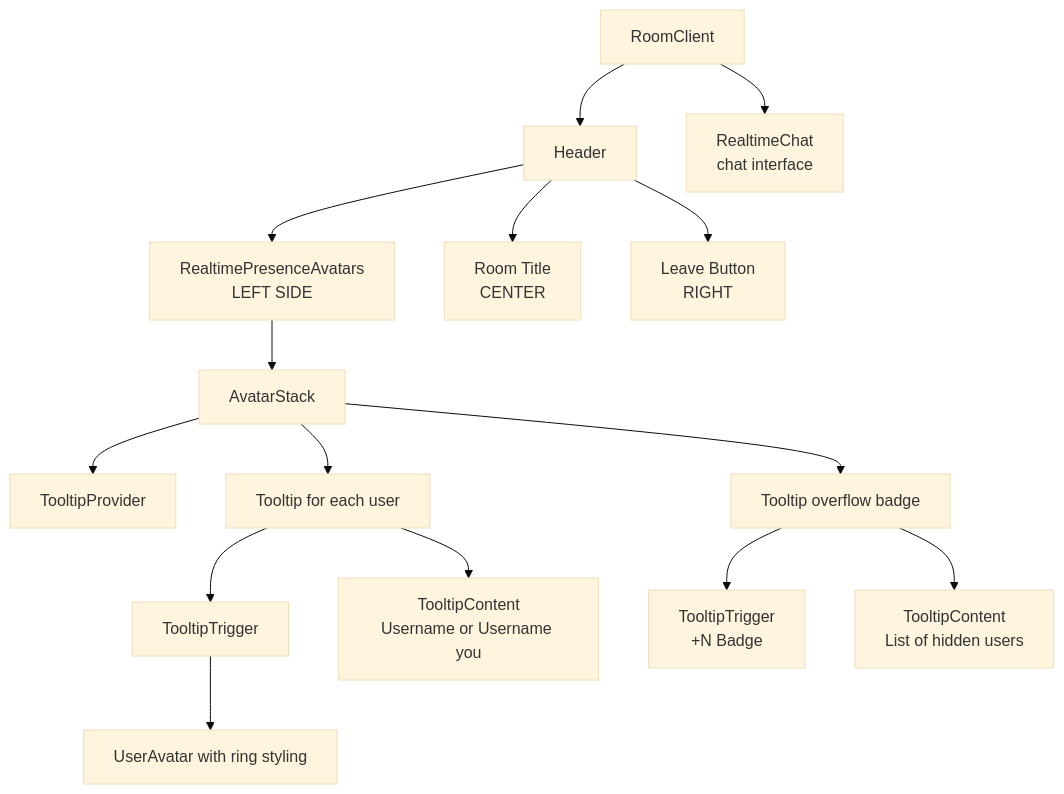
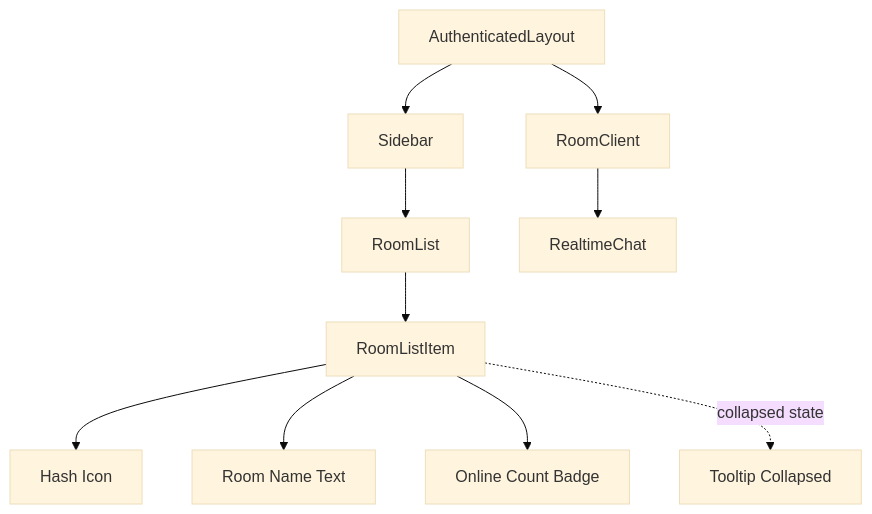
Before and after one commit to jtclarkjr/realtime-chat-react: the third of 5 diagrams in docs/user-presence-system.md, drawn with Mermaid (base theme). The commit also changed other lines of this file and 15 other files, not shown here.

````diff
--- a/docs/user-presence-system.md
+++ b/docs/user-presence-system.md
@@ -90,33 +99,23 @@
 ```mermaid
 graph TB
+    AL[AuthenticatedLayout]
+    SB[Sidebar]
+    RL[RoomList]
+    RLI[RoomListItem]
+    HASH[Hash Icon]
+    NAME[Room Name Text]
+    COUNT[Online Count Badge]
+    TT[Tooltip Collapsed]
     RC[RoomClient]
-    H[Header]
-    RPA[RealtimePresenceAvatars<br/>LEFT SIDE]
-    RT[Room Title<br/>CENTER]
-    LB[Leave Button<br/>RIGHT]
-    AS[AvatarStack]
-    TP[TooltipProvider]
-    T1[Tooltip for each user]
-    TT1[TooltipTrigger]
-    UA[UserAvatar with ring styling]
-    TC1[TooltipContent<br/>Username or Username you]
-    T2[Tooltip overflow badge]
-    TT2[TooltipTrigger<br/>+N Badge]
-    TC2[TooltipContent<br/>List of hidden users]
-    RTC[RealtimeChat<br/>chat interface]
+    RTC[RealtimeChat]
 
-    RC --> H
+    AL --> SB
+    AL --> RC
+    SB --> RL
+    RL --> RLI
+    RLI --> HASH
+    RLI --> NAME
+    RLI --> COUNT
+    RLI -.collapsed state.-> TT
     RC --> RTC
-    H --> RPA
-    H --> RT
-    H --> LB
-    RPA --> AS
-    AS --> TP
-    AS --> T1
-    AS --> T2
-    T1 --> TT1
-    T1 --> TC1
-    TT1 --> UA
-    T2 --> TT2
-    T2 --> TC2
 ```
````
